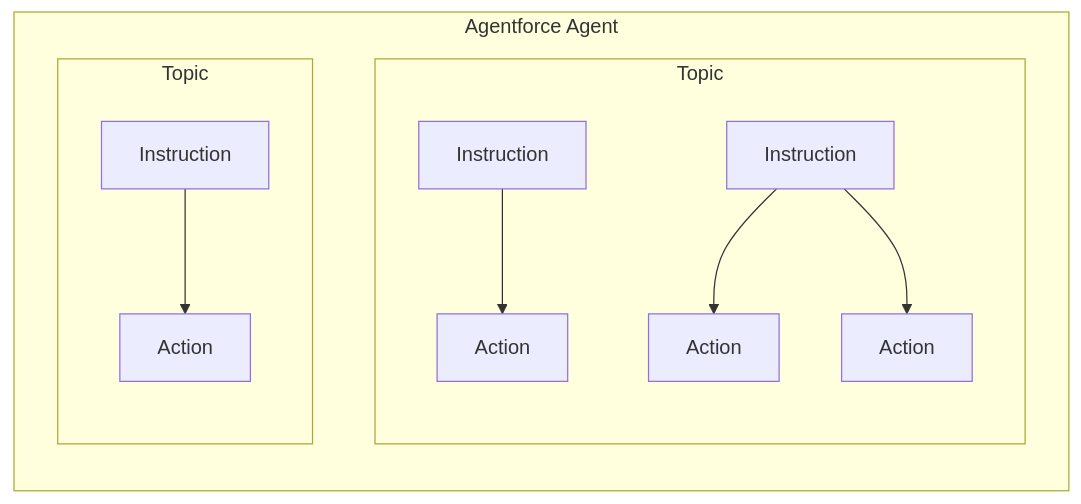
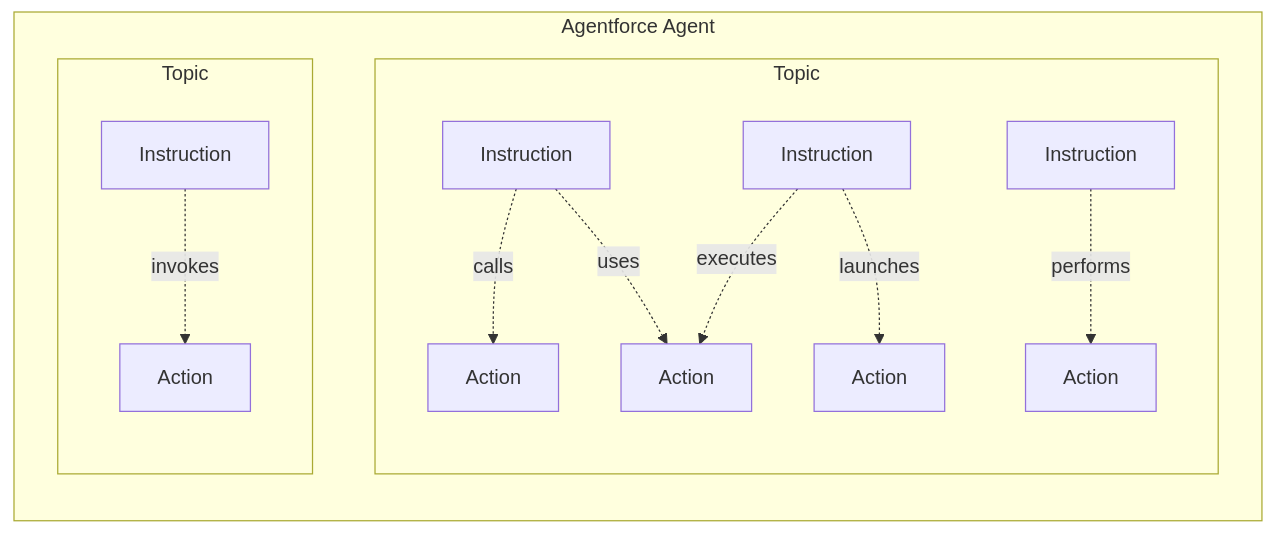
Before and after one commit to eltoroit/montreal25: the diagram in @ELTOROIT/Mermaid Diagrams/Agent Components.md, drawn with Mermaid. The commit also changed 2 other files, not shown here.

Commit message:
Mermaid Diagrams

````diff
--- a/@ELTOROIT/Mermaid Diagrams/Agent Components.md
+++ b/@ELTOROIT/Mermaid Diagrams/Agent Components.md
@@ -1,16 +1,18 @@
 ```Mermaid
 flowchart LR;
     subgraph Agent[Agentforce Agent]
         direction TB
         subgraph Topic1[Topic]
             direction TB
-            Instruction11[Instruction]-->Action11[Action]
-            Instruction12[Instruction]-->Action12[Action]
-            Instruction12[Instruction]-->Action13[Action]
+            Instruction11[Instruction]-.calls.->Action11[Action]
+            Instruction11[Instruction]-.uses.->Action12[Action]
+            Instruction12[Instruction]-.executes.->Action12[Action]
+            Instruction12[Instruction]-.launches.->Action13[Action]
+            Instruction13[Instruction]-.performs.->Action14[Action]
         end
         subgraph Topic2[Topic]
             direction TB
-            Instruction21[Instruction]-->Action21[Action]
+            Instruction21[Instruction]-.invokes.->Action21[Action]
         end
     end
 ```
````
